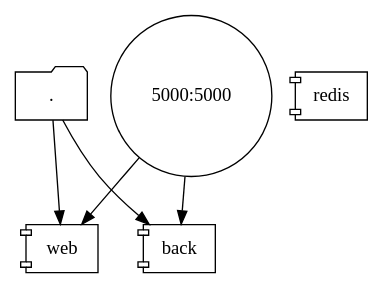
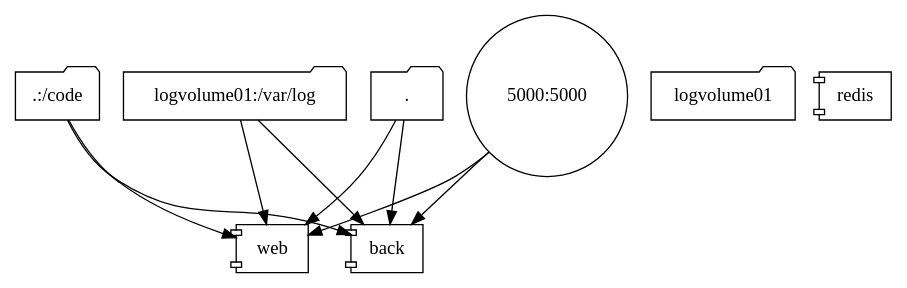
The diagram in examples/docker-compose.dot (victorsalaun/docker-compose-visualizer), drawn with Graphviz before and after one commit. The commit also changed 2 other files, not shown here.

```diff
--- a/examples/docker-compose.dot
+++ b/examples/docker-compose.dot
@@ -1,12 +1,19 @@
 digraph docker_compose {
 	"."->"web";
 	"5000:5000"->"web";
+	".:/code"->"web";
+	"logvolume01:/var/log"->"web";
 	"."->"back";
 	"5000:5000"->"back";
+	".:/code"->"back";
+	"logvolume01:/var/log"->"back";
 	"." [ shape=folder ];
+	".:/code" [ shape=folder ];
 	"5000:5000" [ shape=circle ];
 	"back" [ shape=component ];
+	"logvolume01" [ shape=folder ];
+	"logvolume01:/var/log" [ shape=folder ];
 	"redis" [ shape=component ];
 	"web" [ shape=component ];
 
 }
```
